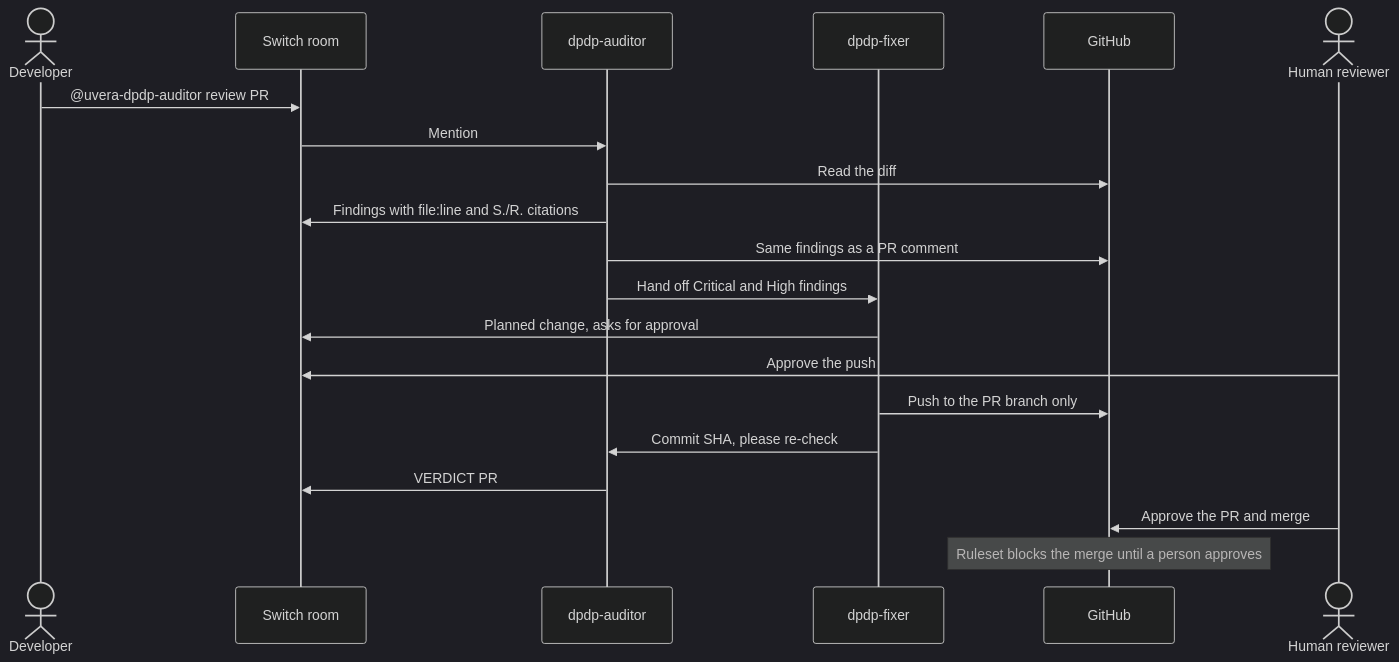
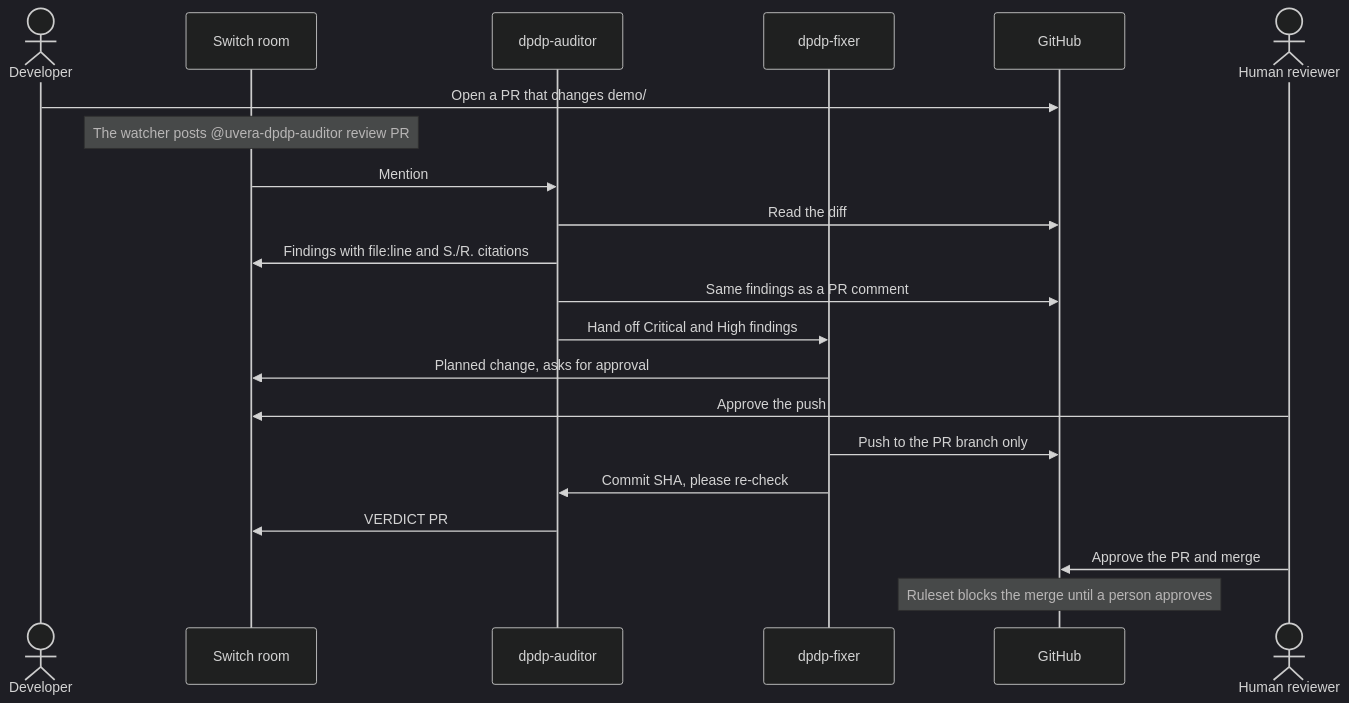
Before and after one commit to sachin-uvera/dpdp-pr-room: the diagram in README.md, drawn with Mermaid (dark theme). The commit also changed other lines of this file and 4 other files, not shown here.

````diff
--- a/README.md
+++ b/README.md
@@ -15,23 +15,24 @@
 ```mermaid
 sequenceDiagram
     actor Dev as Developer
     participant Room as Switch room
     participant Auditor as dpdp-auditor
     participant Fixer as dpdp-fixer
     participant GH as GitHub
     actor Rev as Human reviewer
 
-    Dev->>Room: @uvera-dpdp-auditor review PR #7
+    Dev->>GH: Open a PR that changes demo/
+    Note over Room: The watcher posts @uvera-dpdp-auditor review PR #7
     Room->>Auditor: Mention
     Auditor->>GH: Read the diff
     Auditor->>Room: Findings with file:line and S./R. citations
     Auditor->>GH: Same findings as a PR comment
     Auditor->>Fixer: Hand off Critical and High findings
     Fixer->>Room: Planned change, asks for approval
     Rev->>Room: Approve the push
     Fixer->>GH: Push to the PR branch only
     Fixer->>Auditor: Commit SHA, please re-check
     Auditor->>Room: VERDICT PR #7: READY FOR HUMAN REVIEW
     Rev->>GH: Approve the PR and merge
     Note over GH: Ruleset blocks the merge until a person approves
 ```
````
